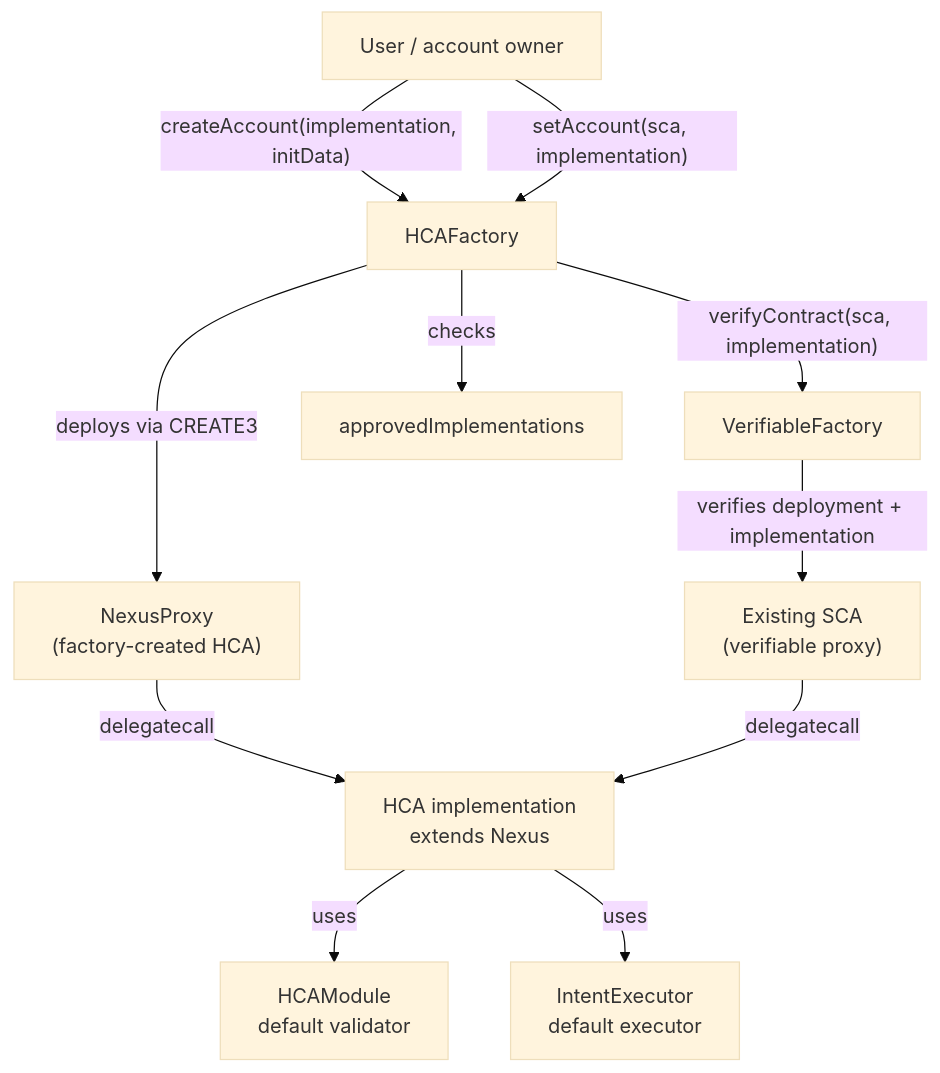
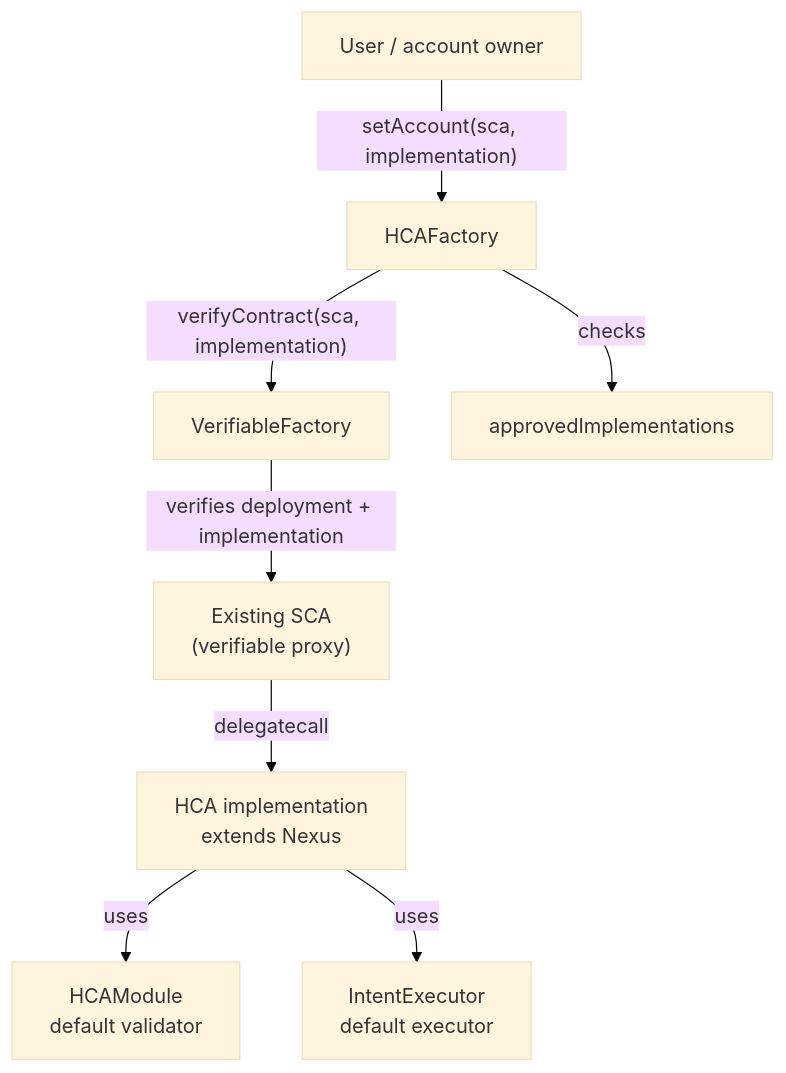
One commit to ensdomains/contracts-v2 changed the diagram in contracts/src/hca/README.md. Above: the diagram before and after it, drawn with Mermaid (base theme). The commit also changed other lines of this file and 4 other files, not shown here.

Commit message:
refactor: make hca factory designation-only

````diff
--- a/contracts/src/hca/README.md
+++ b/contracts/src/hca/README.md
@@ -34,25 +28,20 @@
 ```mermaid
 flowchart TD
     Owner["User / account owner"]
     HCAFactory["HCAFactory"]
     VerifiableFactory["VerifiableFactory"]
     ImplAllowlist["approvedImplementations"]
-    NexusProxy["NexusProxy<br/>(factory-created HCA)"]
     ExistingSCA["Existing SCA<br/>(verifiable proxy)"]
     HCAImpl["HCA implementation<br/>extends Nexus"]
     HCAModule["HCAModule<br/>default validator"]
     IntentExecutor["IntentExecutor<br/>default executor"]
-
-    Owner -->|"createAccount(implementation, initData)"| HCAFactory
-    HCAFactory -->|"deploys via CREATE3"| NexusProxy
-    NexusProxy -->|"delegatecall"| HCAImpl
 
     Owner -->|"setAccount(sca, implementation)"| HCAFactory
     HCAFactory -->|"checks"| ImplAllowlist
     HCAFactory -->|"verifyContract(sca, implementation)"| VerifiableFactory
     VerifiableFactory -->|"verifies deployment + implementation"| ExistingSCA
     ExistingSCA -->|"delegatecall"| HCAImpl
 
     HCAImpl -->|"uses"| HCAModule
     HCAImpl -->|"uses"| IntentExecutor
 ```
````
